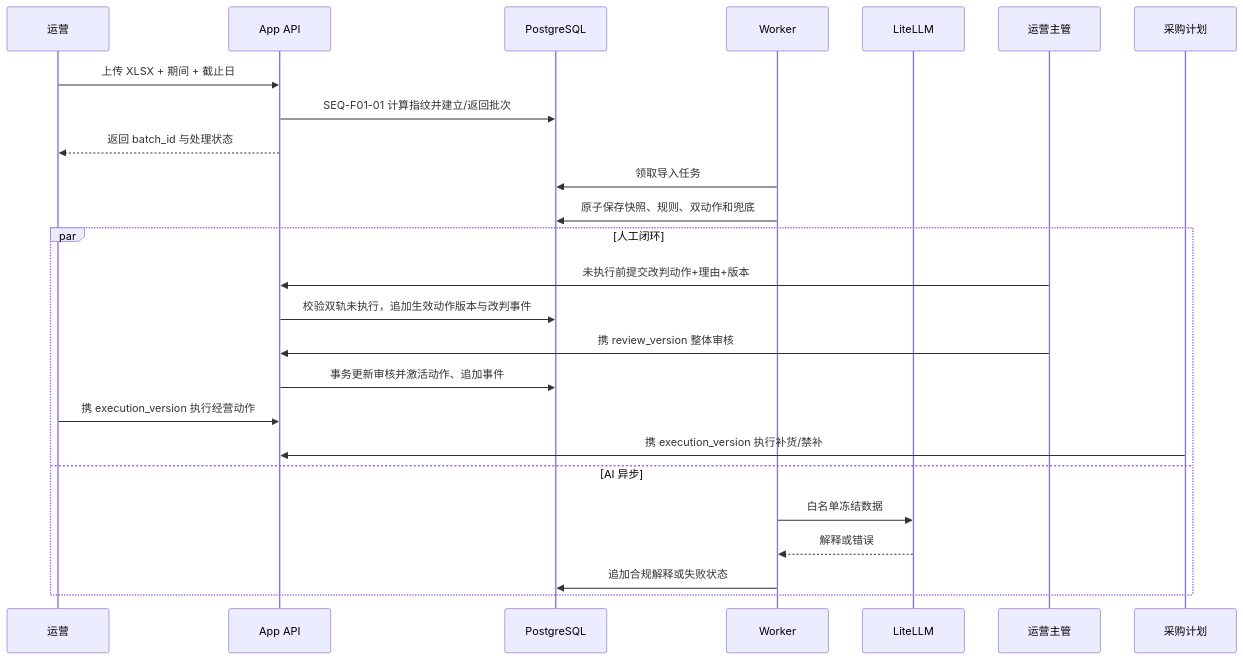
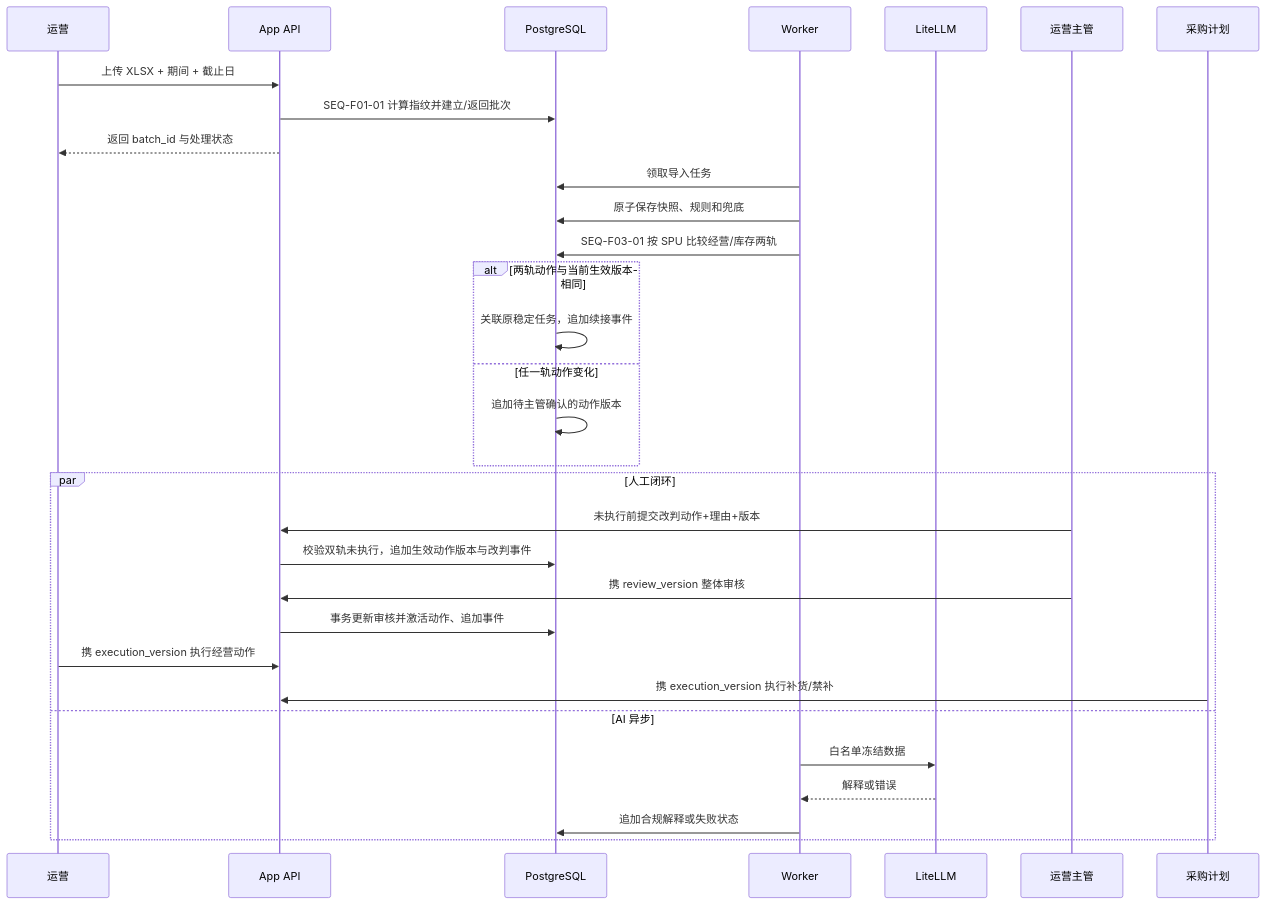
Before and after one commit to johnsonsmilequran/profit-decision-engine: the second of 2 diagrams in 趣然AI商品经营利润决策助手/output/技术方案.md, drawn with Mermaid. The commit also changed other lines of this file and 16 other files, not shown here.

````diff
--- a/趣然AI商品经营利润决策助手/output/技术方案.md
+++ b/趣然AI商品经营利润决策助手/output/技术方案.md
@@ -212,28 +213,34 @@
 ```mermaid
 sequenceDiagram
     participant OP as 运营
     participant API as App API
     participant DB as PostgreSQL
     participant WK as Worker
     participant AI as LiteLLM
     participant MG as 运营主管
     participant BUY as 采购计划
 
     OP->>API: 上传 XLSX + 期间 + 截止日
     API->>DB: SEQ-F01-01 计算指纹并建立/返回批次
     API-->>OP: 返回 batch_id 与处理状态
     WK->>DB: 领取导入任务
-    WK->>DB: 原子保存快照、规则、双动作和兜底
+    WK->>DB: 原子保存快照、规则和兜底
+    WK->>DB: SEQ-F03-01 按 SPU 比较经营/库存两轨
+    alt 两轨动作与当前生效版本相同
+        DB->>DB: 关联原稳定任务，追加续接事件
+    else 任一轨动作变化
+        DB->>DB: 追加待主管确认的动作版本
+    end
     par 人工闭环
         MG->>API: 未执行前提交改判动作+理由+版本
         API->>DB: 校验双轨未执行，追加生效动作版本与改判事件
         MG->>API: 携 review_version 整体审核
         API->>DB: 事务更新审核并激活动作、追加事件
         OP->>API: 携 execution_version 执行经营动作
         BUY->>API: 携 execution_version 执行补货/禁补
     and AI 异步
         WK->>AI: 白名单冻结数据
         AI-->>WK: 解释或错误
         WK->>DB: 追加合规解释或失败状态
     end
 ```
````
